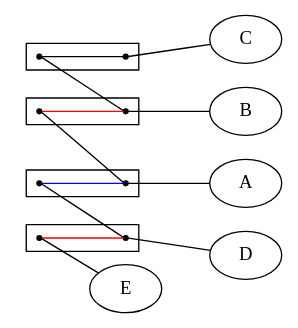
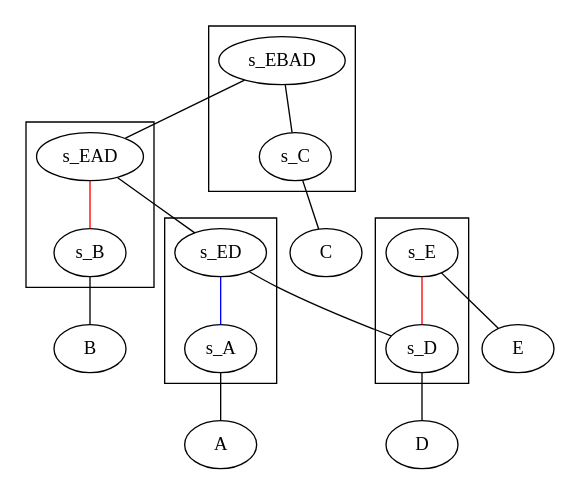
The diagram in src/final/Structure - Còpia.dot (lrodrin/TFG), drawn with Graphviz before and after one commit. The commit also changed 13 other files, not shown here.

```diff
--- a/src/final/Structure - Còpia.dot
+++ b/src/final/Structure - Còpia.dot
@@ -1,33 +1,28 @@
 digraph G {
-rankdir=LR;
 
 subgraph cluster_BCADE {
-node [shape=point];
-s_EBAD -> s_C [arrowhead=none, color=black];
+s_EBAD -> s_C [arrowhead=none, color=black, shape=point];
 }
 
 subgraph cluster_EBAD {
-node [shape=point];
-s_EAD -> s_B  [arrowhead=none, color=red];
+s_EAD -> s_B  [arrowhead=none, color=red, shape=point];
 }
 
 subgraph cluster_EAD {
-node [shape=point];
-s_ED -> s_A  [arrowhead=none, color=blue];
+s_ED -> s_A  [arrowhead=none, color=blue, shape=point];
 
 }
 
 subgraph cluster_ED {
-node [shape=point];
-s_E -> s_D  [arrowhead=none, color=red];
+s_E -> s_D  [arrowhead=none, color=red, shape=point];
 }
 
 s_C -> C  [arrowhead=none];
 s_B -> B [arrowhead=none];
 s_A -> A [arrowhead=none];
 s_E -> E [arrowhead=none];
 s_D -> D [arrowhead=none];
-s_EBAD -> s_B [ltail=cluster_BCADE, lhead=cluster_EBAD, arrowhead=none]
-s_EAD -> s_A [ltail=cluster_EBAD, lhead=cluster_EAD, arrowhead=none]
-s_ED -> s_D [ltail=cluster_EAD, lhead=cluster_ED, arrowhead=none]
+s_EBAD -> s_EAD [lhead=cluster_EBAD, ltail=cluster_BCADE, arrowhead=none]
+s_EAD -> s_ED [lhead=cluster_EAD, arrowhead=none]
+s_ED -> s_D [lhead=cluster_ED, arrowhead=none]
 }
```
